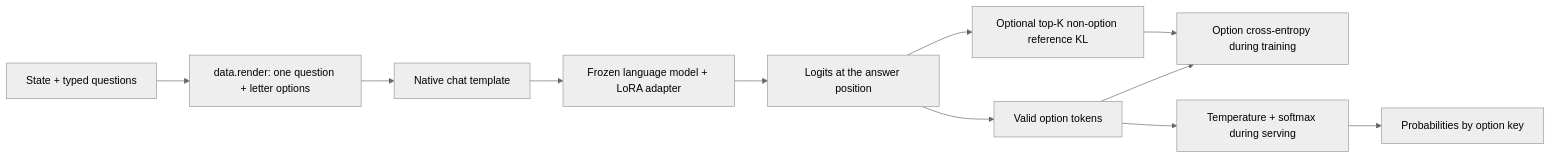
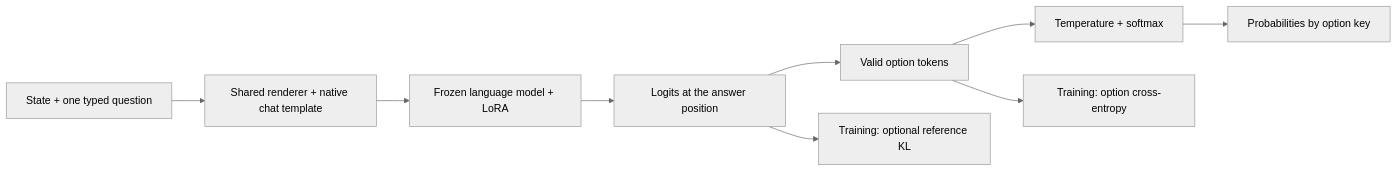
One commit to chenz53/Jev-alpha changed the diagram in README.md. Above: the diagram before and after it, drawn with Mermaid (neutral theme). The commit also changed other lines of this file, not shown here.

Commit message:
Clarify Jev-alpha goals, measured results, and inference roadmap

````diff
--- a/README.md
+++ b/README.md
@@ -16,13 +109,11 @@
 ```mermaid
 flowchart LR
-    R[State + typed questions] --> D[data.render: one question + letter options]
-    D --> T[Native chat template]
-    T --> M[Frozen language model + LoRA adapter]
+    S[State + one typed question] --> R[Shared renderer + native chat template]
+    R --> M[Frozen language model + LoRA]
     M --> L[Logits at the answer position]
     L --> O[Valid option tokens]
-    O --> C[Option cross-entropy during training]
-    O --> P[Temperature + softmax during serving]
-    P --> J[Probabilities by option key]
-    L --> K[Optional top-K non-option reference KL]
-    K --> C
+    O --> P[Temperature + softmax]
+    P --> D[Probabilities by option key]
+    O --> CE[Training: option cross-entropy]
+    L --> KL[Training: optional reference KL]
 ```
````
